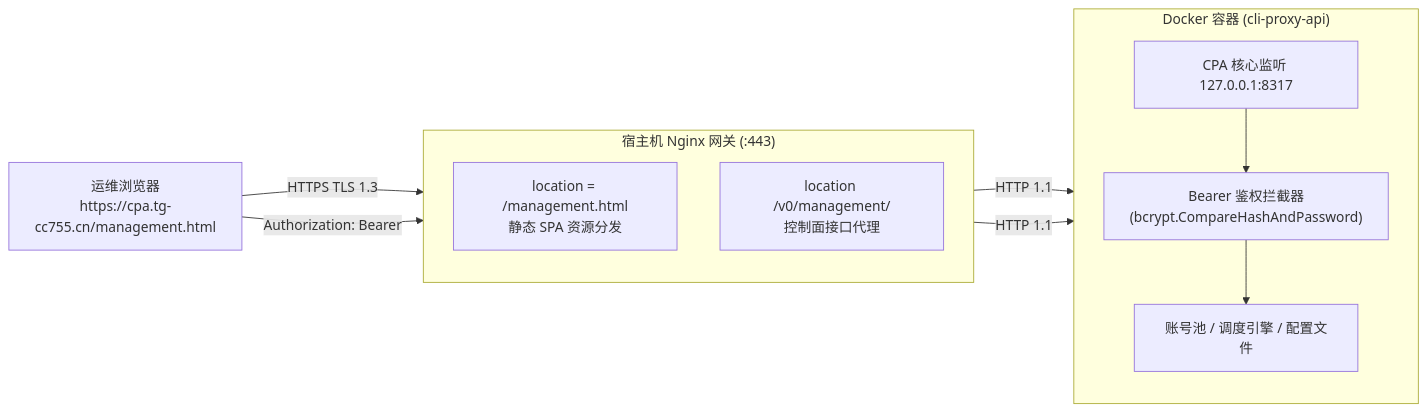
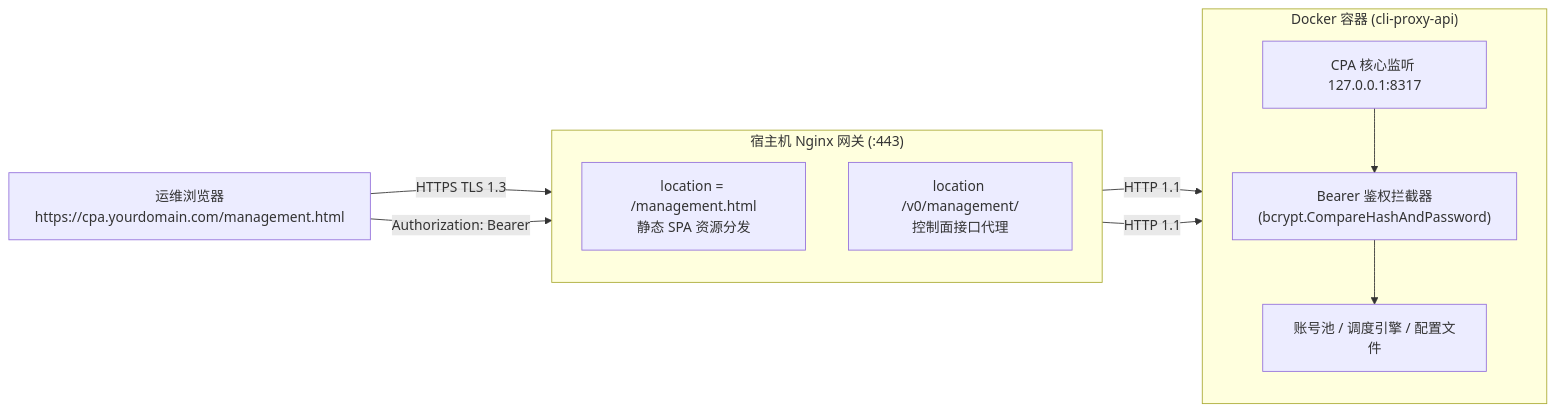
Before and after one commit to ponyletter/py310sphinx_knowledge: the first of 3 diagrams in docs/source/courses/ai_reverse_proxy_and_account_pool/stage6_cliproxyapi_deployment_and_scheduling/05_web_management_dashboard_and_operations.md, drawn with Mermaid. The commit also changed other lines of this file and 6 other files, not shown here.

````diff
--- a/docs/source/courses/ai_reverse_proxy_and_account_pool/stage6_cliproxyapi_deployment_and_scheduling/05_web_management_dashboard_and_operations.md
+++ b/docs/source/courses/ai_reverse_proxy_and_account_pool/stage6_cliproxyapi_deployment_and_scheduling/05_web_management_dashboard_and_operations.md
@@ -19,23 +19,23 @@
 ```{mermaid}
 flowchart LR
-    Browser["运维浏览器<br/>https://cpa.tg-cc755.cn/management.html"]
+    Browser["运维浏览器<br/>https://cpa.yourdomain.com/management.html"]
     
     subgraph HostGateway ["宿主机 Nginx 网关 (:443)"]
         direction TB
         NginxStatic["location = /management.html<br/>静态 SPA 资源分发"]
         NginxAPI["location /v0/management/<br/>控制面接口代理"]
     end
     
     subgraph Container ["Docker 容器 (cli-proxy-api)"]
         direction TB
         Port8317["CPA 核心监听 127.0.0.1:8317"]
         AuthInterceptor["Bearer 鉴权拦截器<br/>(bcrypt.CompareHashAndPassword)"]
         CoreEngine["账号池 / 调度引擎 / 配置文件"]
     end
 
     Browser -->|HTTPS TLS 1.3| NginxStatic
     Browser -->|Authorization: Bearer <Key>| NginxAPI
     NginxStatic -->|HTTP 1.1| Port8317
     NginxAPI -->|HTTP 1.1| Port8317
     Port8317 --> AuthInterceptor --> CoreEngine
 ```
````
